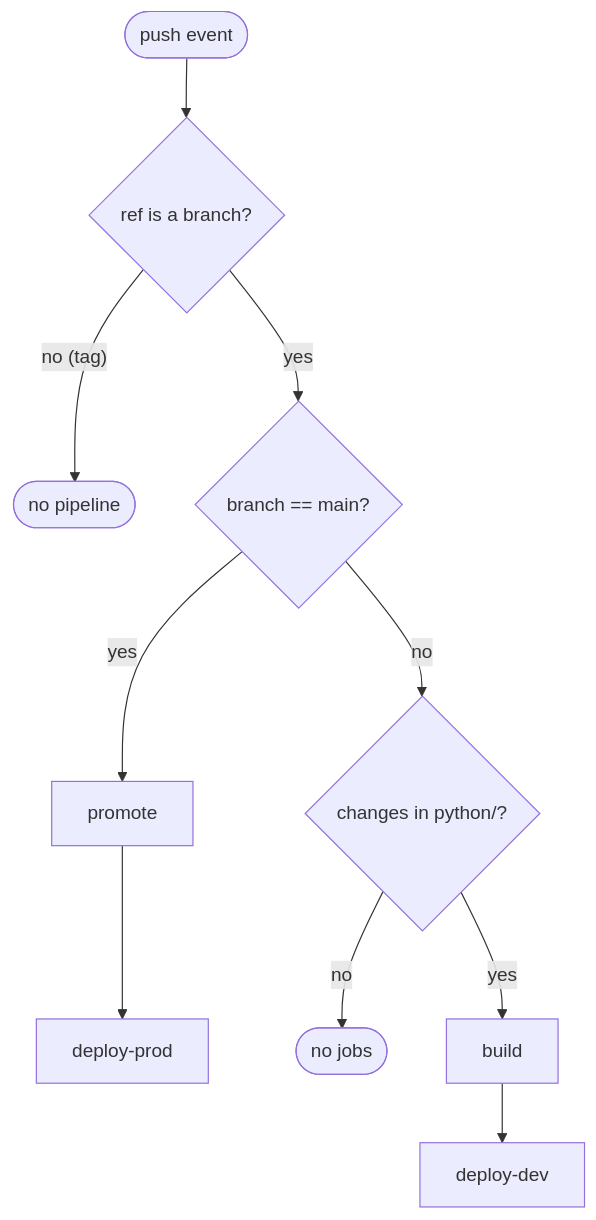
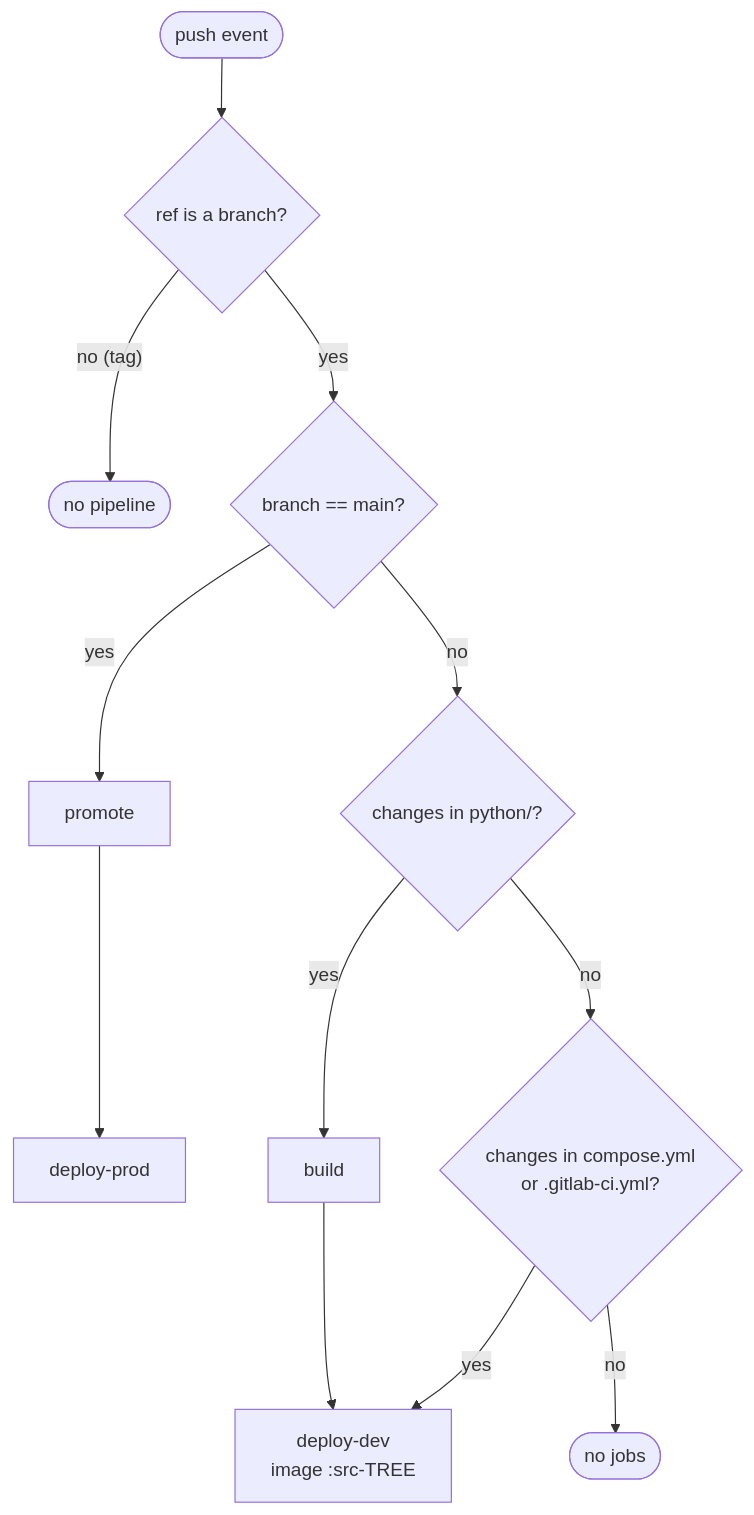
The third of 5 diagrams in README.md (Tsuyakashi/bsuir-ci), drawn with Mermaid before and after one commit. The commit also changed other lines of this file, not shown here.

Commit message:
document tailscale setup, deploy and local run

````diff
--- a/README.md
+++ b/README.md
@@ -99,10 +106,12 @@
 ```mermaid
 flowchart TD
     push([push event]) --> branch{"ref is a branch?"}
     branch -- "no (tag)" --> skip([no pipeline])
     branch -- yes --> main{"branch == main?"}
     main -- yes --> promote[promote] --> prod[deploy-prod]
-    main -- no --> changes{"changes in python/?"}
-    changes -- no --> skip2([no jobs])
-    changes -- yes --> build[build] --> devdeploy[deploy-dev]
+    main -- no --> py{"changes in python/?"}
+    py -- yes --> build[build] --> devdeploy["deploy-dev<br/>image :src-TREE"]
+    py -- no --> cfg{"changes in compose.yml<br/>or .gitlab-ci.yml?"}
+    cfg -- yes --> devdeploy
+    cfg -- no --> skip2([no jobs])
 ```
````
